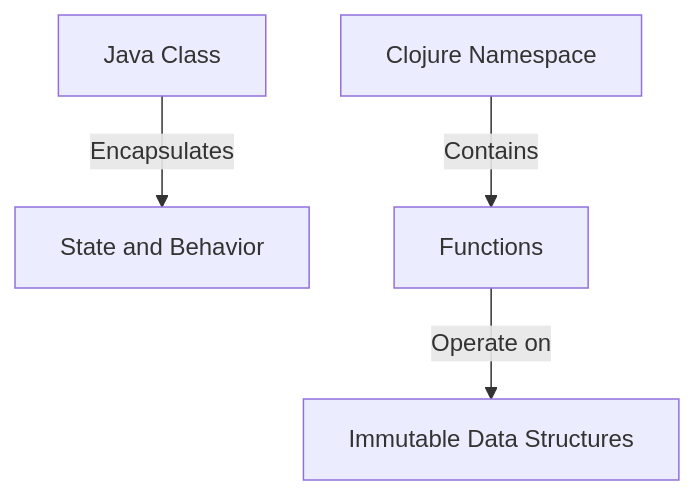
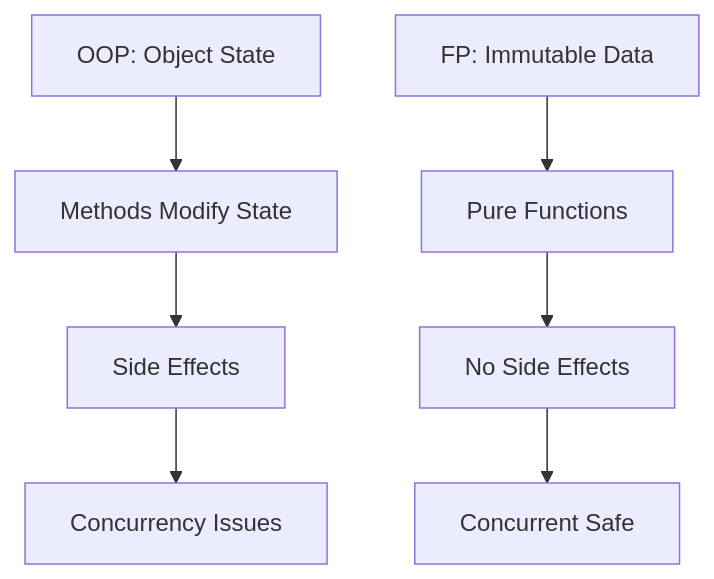
Before and after one commit to MasteryEducation/ClojureForJava.com: the diagram in content/3/1/1/index.md, drawn with Mermaid. The commit also changed other lines of this file and 74 other files, not shown here.

````diff
--- a/content/3/1/1/index.md
+++ b/content/3/1/1/index.md
@@ -120,6 +111,10 @@
 ```mermaid
 graph TD;
-    A[Java Class] -->|Encapsulates| B[State and Behavior];
-    C[Clojure Namespace] -->|Contains| D[Functions];
-    D -->|Operate on| E[Immutable Data Structures];
+    A[OOP: Object State] --> B[Methods Modify State];
+    B --> C[Side Effects];
+    C --> D[Concurrency Issues];
+
+    E[FP: Immutable Data] --> F[Pure Functions];
+    F --> G[No Side Effects];
+    G --> H[Concurrent Safe];
 ```
````
